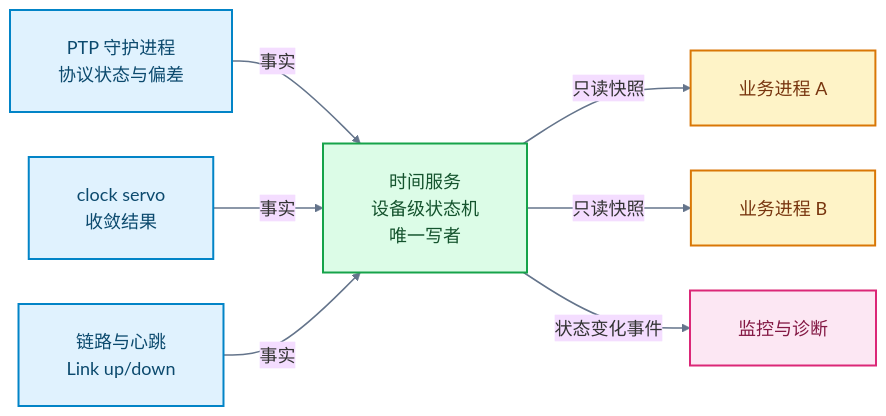
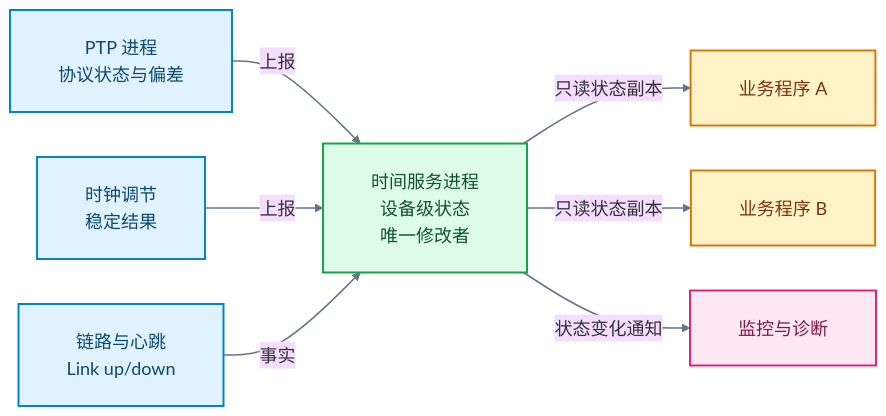
The fourth of 5 diagrams in content/posts/performance/ptp_state_machine_field_troubleshooting.md (DeguiLiu/tech-notes), drawn with Mermaid before and after one commit. The commit also changed other lines of this file, not shown here.

Commit message:
story-docs(blog): simplify PTP troubleshooting language

````diff
--- a/content/posts/performance/ptp_state_machine_field_troubleshooting.md
+++ b/content/posts/performance/ptp_state_machine_field_troubleshooting.md
@@ -238,20 +290,20 @@
 ```mermaid
 %%{init: {"theme":"base","themeVariables":{"fontFamily":"sans-serif","fontSize":"18px","lineColor":"#455A64"},"flowchart":{"htmlLabels":true,"padding":24,"nodeSpacing":45,"rankSpacing":55}}}%%
 flowchart LR
-    P["PTP 守护进程<br/>协议状态与偏差"] -->|"事实"| A["时间服务<br/>设备级状态机<br/>唯一写者"]
-    S["clock servo<br/>收敛结果"] -->|"事实"| A
+    P["PTP 进程<br/>协议状态与偏差"] -->|"上报"| A["时间服务进程<br/>设备级状态<br/>唯一修改者"]
+    S["时钟调节<br/>稳定结果"] -->|"上报"| A
     L["链路与心跳<br/>Link up/down"] -->|"事实"| A
-    A -->|"只读快照"| B["业务进程 A"]
-    A -->|"只读快照"| C["业务进程 B"]
-    A -->|"状态变化事件"| M["监控与诊断"]
+    A -->|"只读状态副本"| B["业务程序 A"]
+    A -->|"只读状态副本"| C["业务程序 B"]
+    A -->|"状态变化通知"| M["监控与诊断"]
 
     classDef fact fill:#E0F2FE,stroke:#0284C7,stroke-width:2px,color:#0C4A6E
     classDef owner fill:#DCFCE7,stroke:#16A34A,stroke-width:2px,color:#14532D
     classDef reader fill:#FEF3C7,stroke:#D97706,stroke-width:2px,color:#78350F
     classDef mon fill:#FCE7F3,stroke:#DB2777,stroke-width:2px,color:#831843
     class P,S,L fact
     class A owner
     class B,C reader
     class M mon
     linkStyle default stroke:#64748B,stroke-width:1.5px
 ```
````
